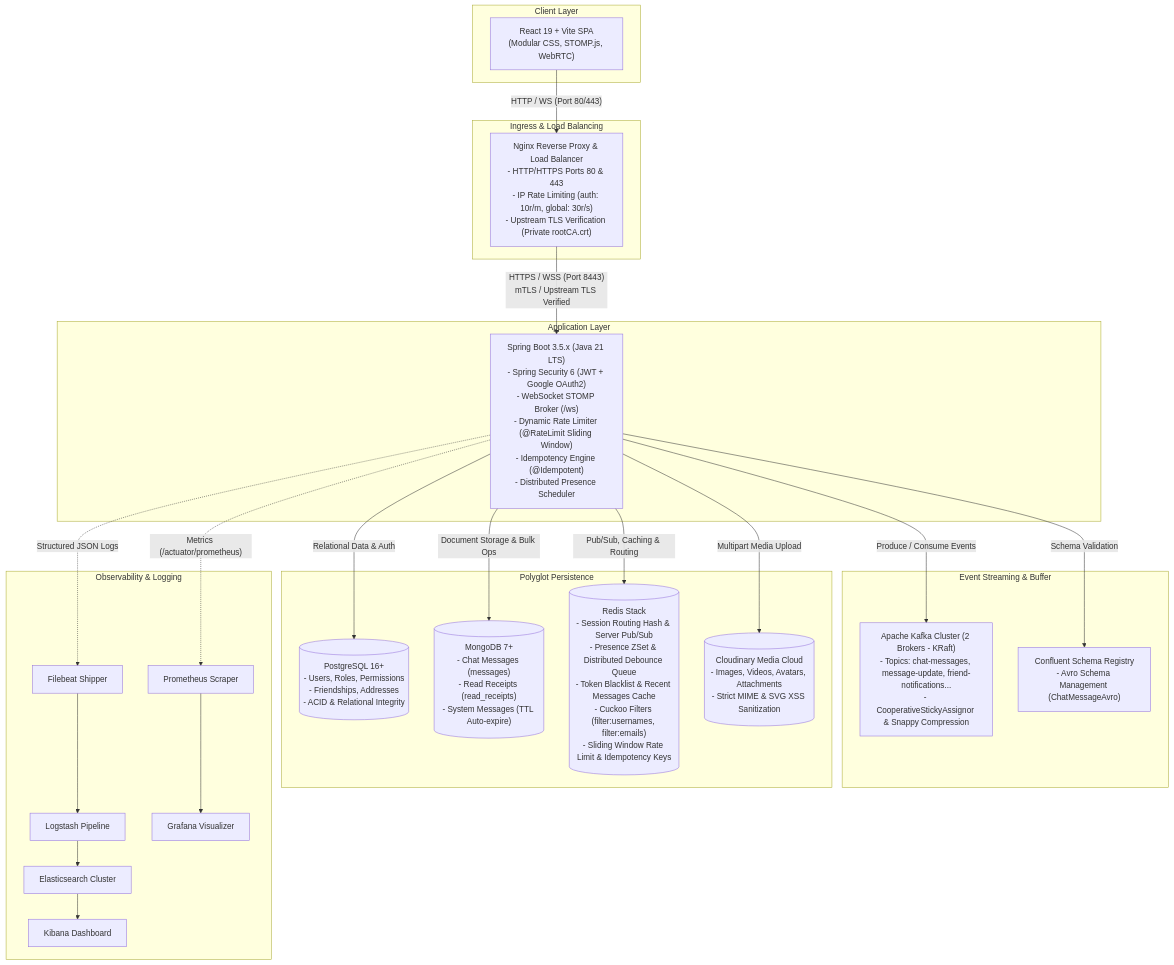
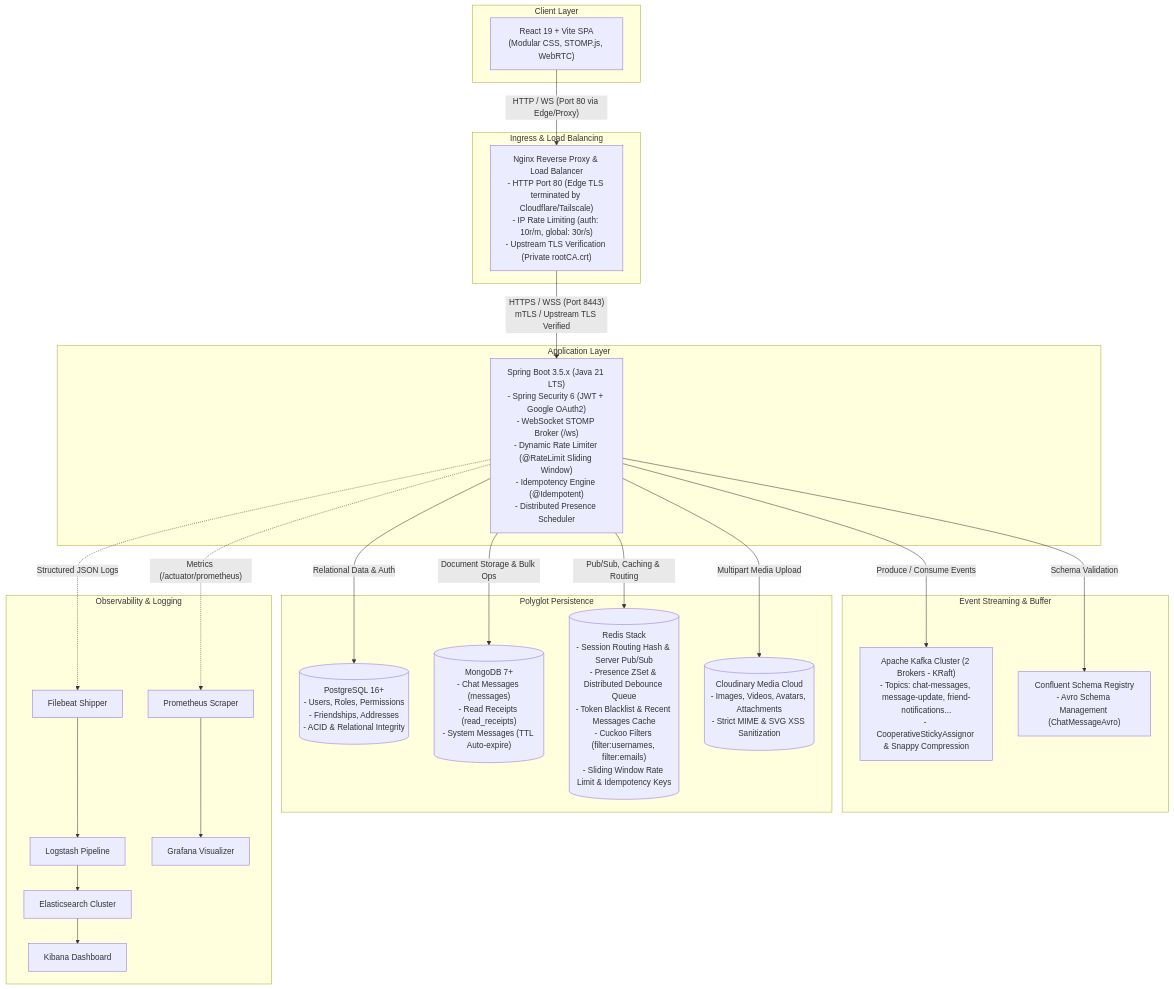
The diagram in docs/architecture/01-system-overview.md (phwkha/ChatWeb-RealTime), drawn with Mermaid before and after one commit. The commit also changed other lines of this file and 4 other files, not shown here.

````diff
--- a/docs/architecture/01-system-overview.md
+++ b/docs/architecture/01-system-overview.md
@@ -11,43 +11,43 @@
 ```mermaid
 graph TB
     subgraph ClientLayer["Client Layer"]
         WebClient["React 19 + Vite SPA<br/>(Modular CSS, STOMP.js, WebRTC)"]
     end
 
     subgraph IngressLayer["Ingress & Load Balancing"]
-        Nginx["Nginx Reverse Proxy & Load Balancer<br/>- HTTP/HTTPS Ports 80 & 443<br/>- IP Rate Limiting (auth: 10r/m, global: 30r/s)<br/>- Upstream TLS Verification (Private rootCA.crt)"]
+        Nginx["Nginx Reverse Proxy & Load Balancer<br/>- HTTP Port 80 (Edge TLS terminated by Cloudflare/Tailscale)<br/>- IP Rate Limiting (auth: 10r/m, global: 30r/s)<br/>- Upstream TLS Verification (Private rootCA.crt)"]
     end
 
     subgraph AppLayer["Application Layer"]
         Backend["Spring Boot 3.5.x (Java 21 LTS)<br/>- Spring Security 6 (JWT + Google OAuth2)<br/>- WebSocket STOMP Broker (/ws)<br/>- Dynamic Rate Limiter (@RateLimit Sliding Window)<br/>- Idempotency Engine (@Idempotent)<br/>- Distributed Presence Scheduler"]
     end
 
     subgraph EventLayer["Event Streaming & Buffer"]
         Kafka["Apache Kafka Cluster (2 Brokers - KRaft)<br/>- Topics: chat-messages, message-update, friend-notifications...<br/>- CooperativeStickyAssignor & Snappy Compression"]
         SchemaRegistry["Confluent Schema Registry<br/>- Avro Schema Management (ChatMessageAvro)"]
     end
 
     subgraph StorageLayer["Polyglot Persistence"]
         Postgres[("PostgreSQL 16+<br/>- Users, Roles, Permissions<br/>- Friendships, Addresses<br/>- ACID & Relational Integrity")]
         Mongo[("MongoDB 7+<br/>- Chat Messages (messages)<br/>- Read Receipts (read_receipts)<br/>- System Messages (TTL Auto-expire)")]
         Redis[("Redis Stack<br/>- Session Routing Hash & Server Pub/Sub<br/>- Presence ZSet & Distributed Debounce Queue<br/>- Token Blacklist & Recent Messages Cache<br/>- Cuckoo Filters (filter:usernames, filter:emails)<br/>- Sliding Window Rate Limit & Idempotency Keys")]
         Cloudinary[("Cloudinary Media Cloud<br/>- Images, Videos, Avatars, Attachments<br/>- Strict MIME & SVG XSS Sanitization")]
     end
 
     subgraph ObservabilityLayer["Observability & Logging"]
         Filebeat["Filebeat Shipper"] --> Logstash["Logstash Pipeline"] --> Elasticsearch["Elasticsearch Cluster"] --> Kibana["Kibana Dashboard"]
         Prometheus["Prometheus Scraper"] --> Grafana["Grafana Visualizer"]
         Backend -. "Metrics (/actuator/prometheus)" .-> Prometheus
         Backend -. "Structured JSON Logs" .-> Filebeat
     end
 
     %% Network Connections
-    WebClient -->|"HTTP / WS (Port 80/443)"| Nginx
+    WebClient -->|"HTTP / WS (Port 80 via Edge/Proxy)"| Nginx
     Nginx -->|"HTTPS / WSS (Port 8443)<br/>mTLS / Upstream TLS Verified"| Backend
     Backend -->|"Pub/Sub, Caching & Routing"| Redis
     Backend -->|"Relational Data & Auth"| Postgres
     Backend -->|"Document Storage & Bulk Ops"| Mongo
     Backend -->|"Produce / Consume Events"| Kafka
     Backend -->|"Schema Validation"| SchemaRegistry
     Backend -->|"Multipart Media Upload"| Cloudinary
 ```
````
